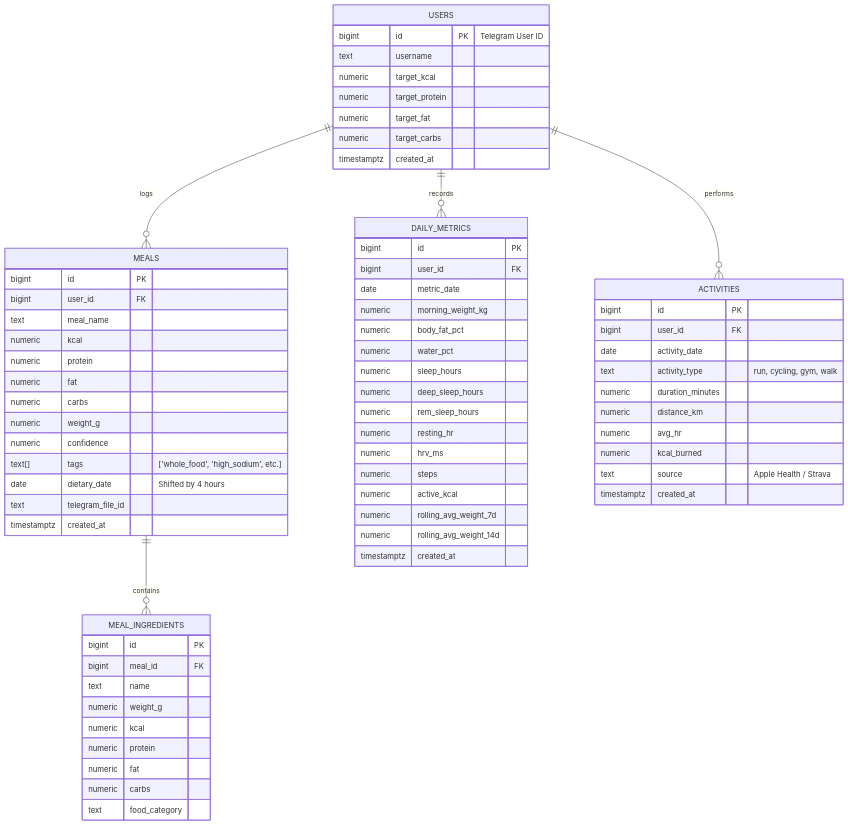
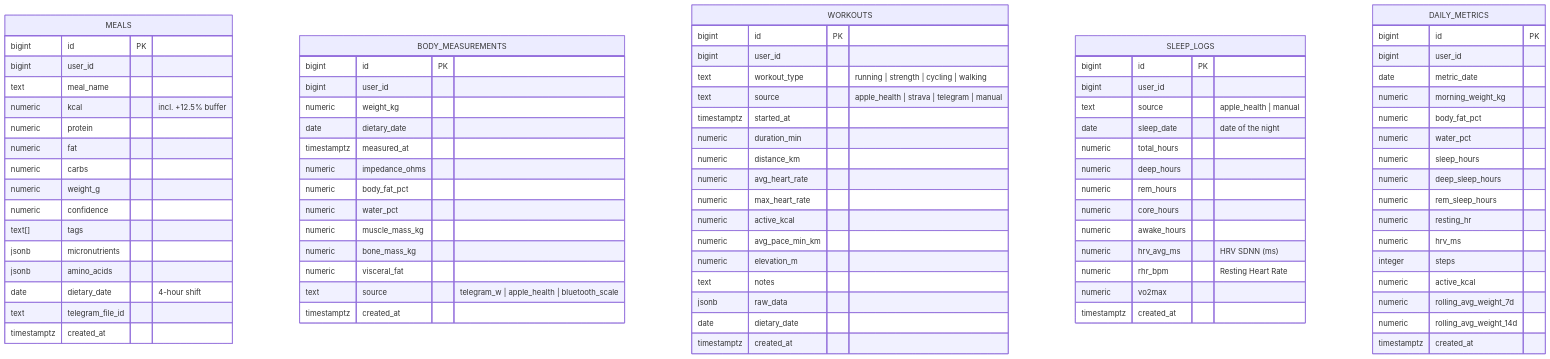
One commit to skycherepanya/calories-bot-mvp changed the diagram in docs/DATABASE.md. Above: the diagram before and after it, drawn with Mermaid. The commit also changed other lines of this file and 68 other files, not shown here.

````diff
--- a/docs/DATABASE.md
+++ b/docs/DATABASE.md
@@ -9,51 +9,77 @@
 ```mermaid
 erDiagram
-    USERS ||--o{ MEALS : logs
-    USERS ||--o{ DAILY_METRICS : records
-    USERS ||--o{ ACTIVITIES : performs
-    MEALS ||--o{ MEAL_INGREDIENTS : contains
-
-    USERS {
-        bigint id PK "Telegram User ID"
-        text username
-        numeric target_kcal
-        numeric target_protein
-        numeric target_fat
-        numeric target_carbs
-        timestamptz created_at
-    }
-
     MEALS {
         bigint id PK
-        bigint user_id FK
+        bigint user_id
         text meal_name
-        numeric kcal
+        numeric kcal "incl. +12.5% buffer"
         numeric protein
         numeric fat
         numeric carbs
         numeric weight_g
         numeric confidence
-        text[] tags "['whole_food', 'high_sodium', etc.]"
-        date dietary_date "Shifted by 4 hours"
+        text[] tags
+        jsonb micronutrients
+        jsonb amino_acids
+        date dietary_date "4-hour shift"
         text telegram_file_id
         timestamptz created_at
     }
 
-    MEAL_INGREDIENTS {
+    BODY_MEASUREMENTS {
         bigint id PK
-        bigint meal_id FK
-        text name
-        numeric weight_g
-        numeric kcal
-        numeric protein
-        numeric fat
-        numeric carbs
-        text food_category
+        bigint user_id
+        numeric weight_kg
+        date dietary_date
+        timestamptz measured_at
+        numeric impedance_ohms
+        numeric body_fat_pct
+        numeric water_pct
+        numeric muscle_mass_kg
+        numeric bone_mass_kg
+        numeric visceral_fat
+        text source "telegram_w | apple_health | bluetooth_scale"
+        timestamptz created_at
+    }
+
+    WORKOUTS {
+        bigint id PK
+        bigint user_id
+        text workout_type "running | strength | cycling | walking"
+        text source "apple_health | strava | telegram | manual"
+        timestamptz started_at
+        numeric duration_min
+        numeric distance_km
+        numeric avg_heart_rate
+        numeric max_heart_rate
+        numeric active_kcal
+        numeric avg_pace_min_km
+        numeric elevation_m
+        text notes
+        jsonb raw_data
+        date dietary_date
+        timestamptz created_at
+    }
+
+    SLEEP_LOGS {
+        bigint id PK
+        bigint user_id
+        text source "apple_health | manual"
+        date sleep_date "date of the night"
+        numeric total_hours
+        numeric deep_hours
+        numeric rem_hours
+        numeric core_hours
+        numeric awake_hours
+        numeric hrv_avg_ms "HRV SDNN (ms)"
+        numeric rhr_bpm "Resting Heart Rate"
+        numeric vo2max
+        timestamptz created_at
     }
 
     DAILY_METRICS {
         bigint id PK
-        bigint user_id FK
+        bigint user_id
         date metric_date
         numeric morning_weight_kg
         numeric body_fat_pct
@@ -63,23 +89,10 @@
         numeric rem_sleep_hours
         numeric resting_hr
         numeric hrv_ms
-        numeric steps
+        integer steps
         numeric active_kcal
         numeric rolling_avg_weight_7d
         numeric rolling_avg_weight_14d
         timestamptz created_at
     }
-
-    ACTIVITIES {
-        bigint id PK
-        bigint user_id FK
-        date activity_date
-        text activity_type "run, cycling, gym, walk"
-        numeric duration_minutes
-        numeric distance_km
-        numeric avg_hr
-        numeric kcal_burned
-        text source "Apple Health / Strava"
-        timestamptz created_at
-    }
 ```
````
